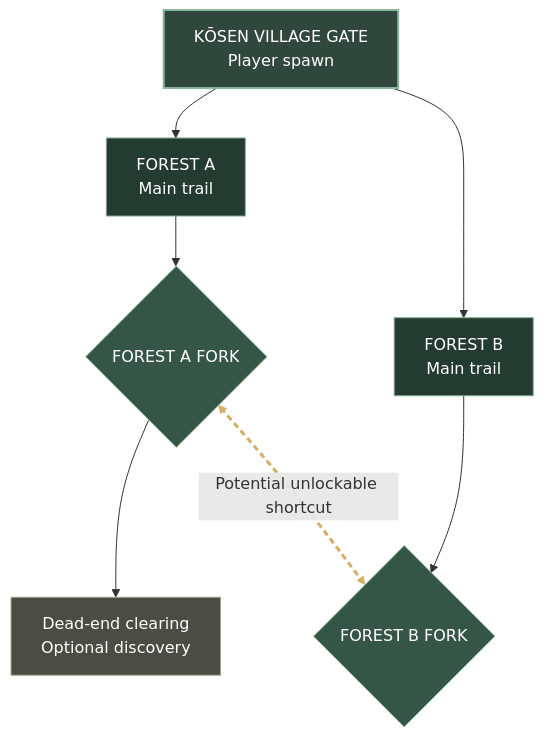
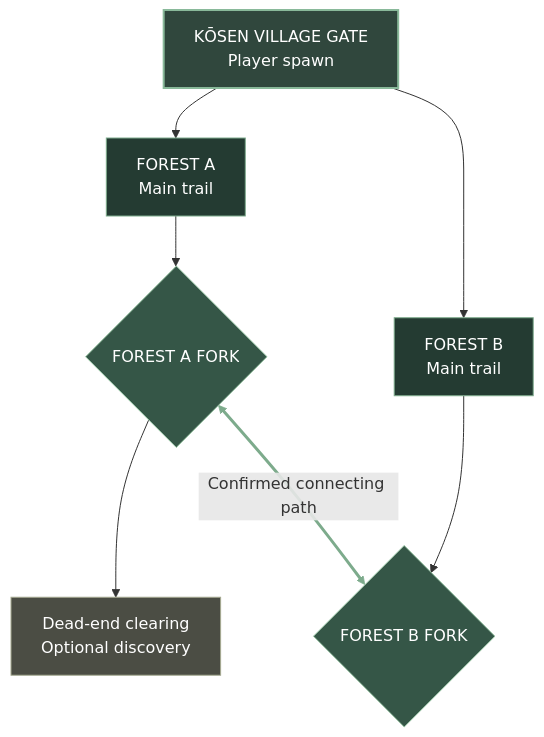
The diagram in world/maps/MVP_WORLD_MAP.md (kiotdstudios/shinobi-rush), drawn with Mermaid before and after one commit. The commit also changed other lines of this file, not shown here.

Commit message:
Confirm Forest A–B fork connection as real path

````diff
--- a/world/maps/MVP_WORLD_MAP.md
+++ b/world/maps/MVP_WORLD_MAP.md
@@ -7,20 +7,20 @@
 ```mermaid
 flowchart TB
     G["KŌSEN VILLAGE GATE<br/>Player spawn"]
     G --> A["FOREST A<br/>Main trail"]
     G --> B["FOREST B<br/>Main trail"]
     A --> AF{"FOREST A FORK"}
     B --> BF{"FOREST B FORK"}
     AF --> D["Dead-end clearing<br/>Optional discovery"]
-    AF <-->|"Potential unlockable shortcut"| BF
+    AF <-->|"Confirmed connecting path"| BF
 
     classDef start fill:#30473d,color:#fff,stroke:#89b99a,stroke-width:2px;
     classDef forest fill:#243b32,color:#fff,stroke:#7dab8c;
     classDef fork fill:#355647,color:#fff,stroke:#9bc7a7;
     classDef optional fill:#4b4d44,color:#fff,stroke:#a6aa91;
     class G start;
     class A,B forest;
     class AF,BF fork;
     class D optional;
-    linkStyle 5 stroke:#d6ae63,stroke-width:3px,stroke-dasharray:6 4;
+    linkStyle 5 stroke:#7dab8c,stroke-width:3px;
 ```
````
